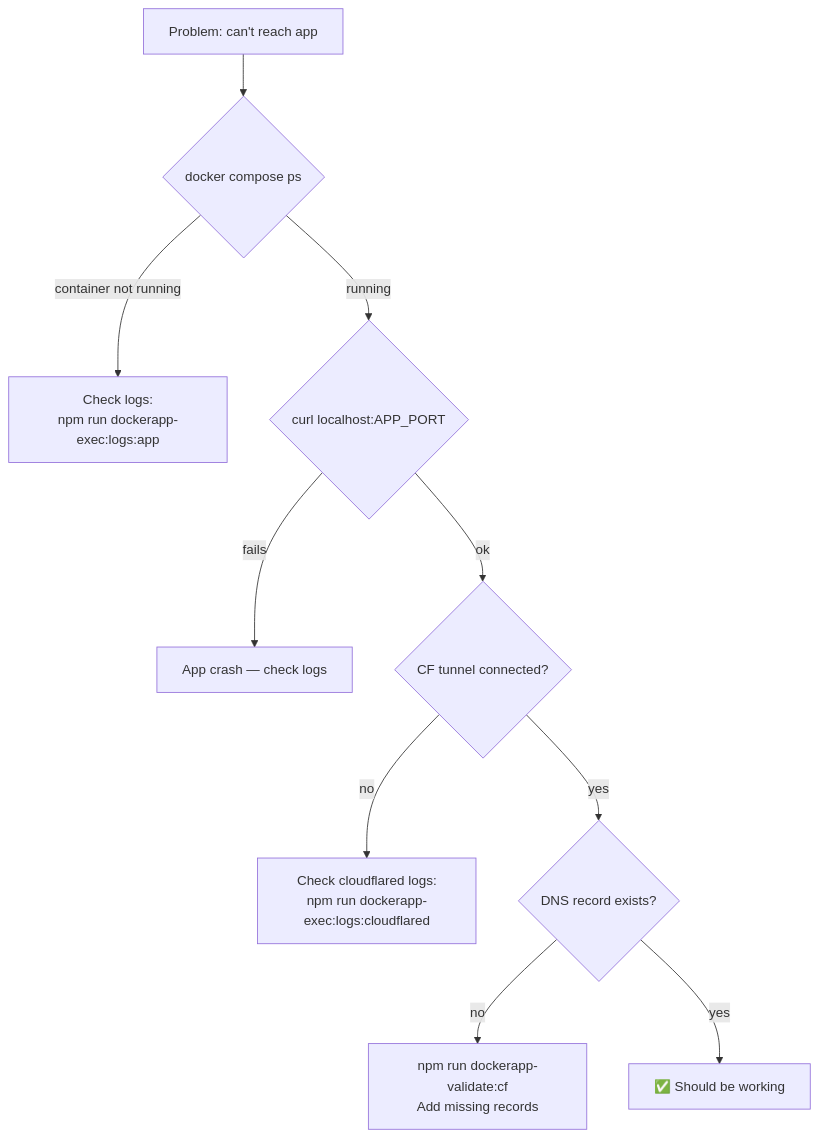
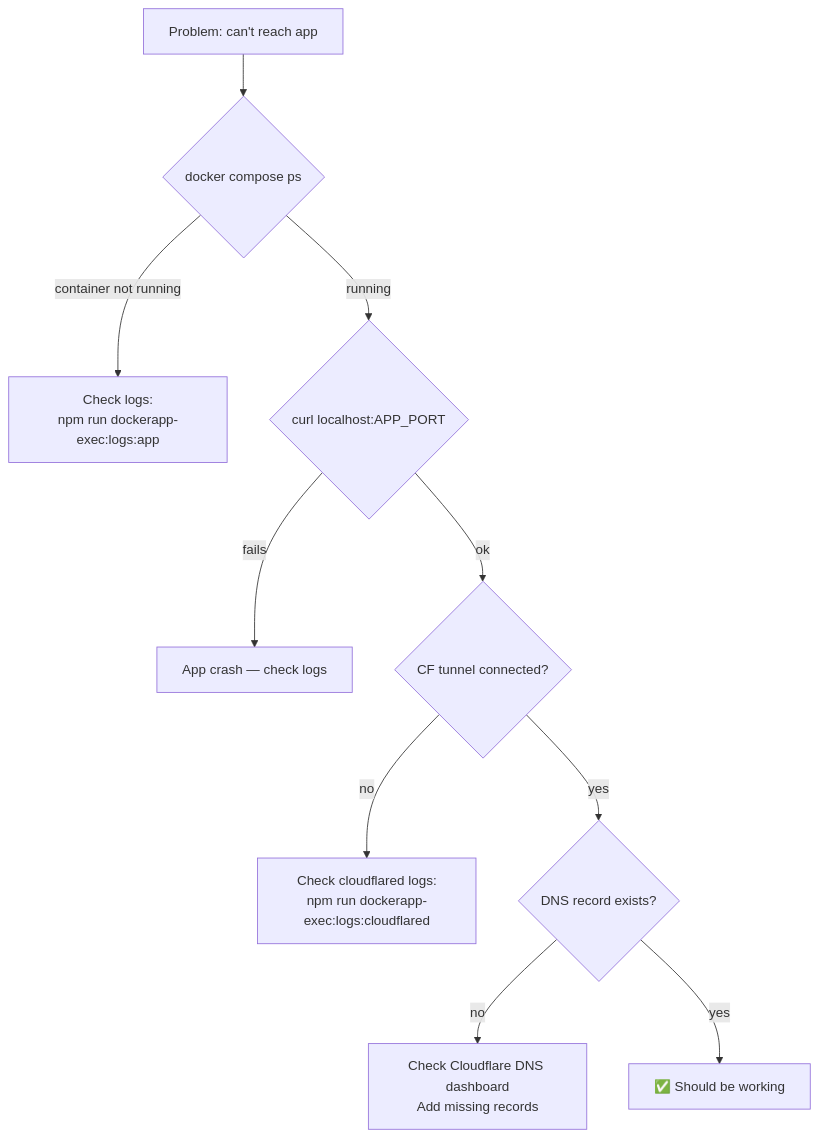
The fifth of 5 diagrams in docs/DEPLOY.md (odhgateway-ai/docker-stack-template), drawn with Mermaid before and after one commit. The commit also changed other lines of this file and 6 other files, not shown here.

First line of the commit message:
Đã bỏ hẳn phần này khỏi flow hiện tại rồi. Mình đã:

````diff
--- a/docs/DEPLOY.md
+++ b/docs/DEPLOY.md
@@ -341,12 +332,12 @@
 ```mermaid
 flowchart TD
     P[Problem: can't reach app] --> C1{docker compose ps}
     C1 -->|container not running| C2[Check logs:\nnpm run dockerapp-exec:logs:app]
     C1 -->|running| C3{curl localhost:APP_PORT}
     C3 -->|fails| C4[App crash — check logs]
     C3 -->|ok| C5{CF tunnel connected?}
     C5 -->|no| C6[Check cloudflared logs:\nnpm run dockerapp-exec:logs:cloudflared]
     C5 -->|yes| C7{DNS record exists?}
-    C7 -->|no| C8[npm run dockerapp-validate:cf\nAdd missing records]
+    C7 -->|no| C8[Check Cloudflare DNS dashboard\nAdd missing records]
     C7 -->|yes| FIXED[✅ Should be working]
 ```
````
